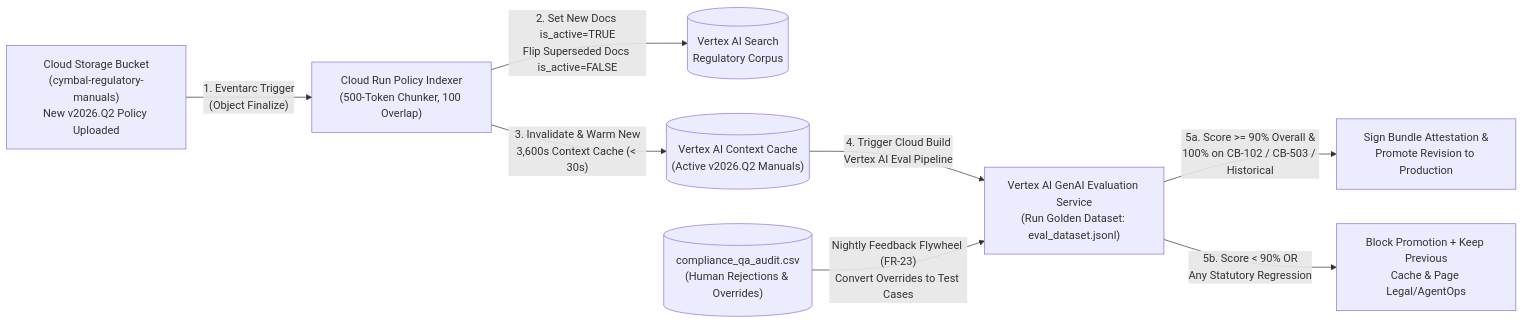
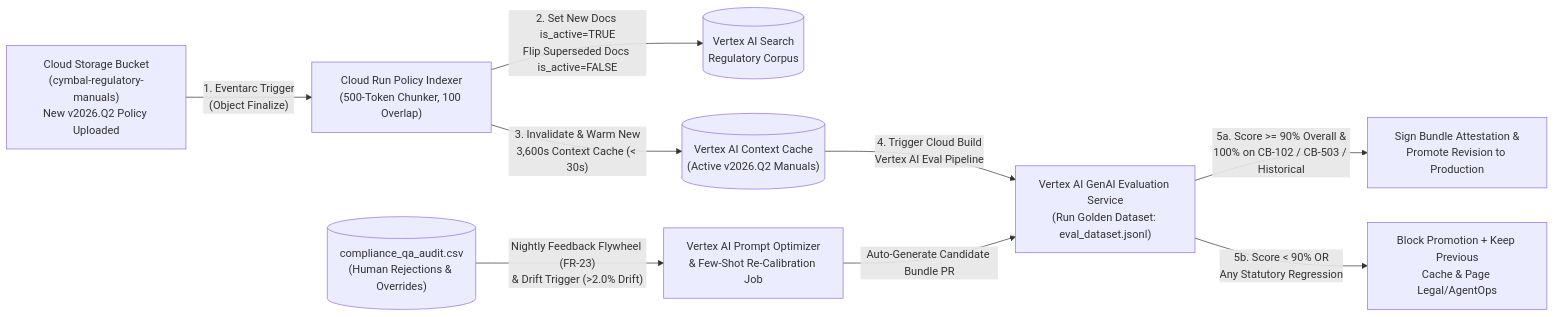
One commit to ashishnabira1976/cymbalbank changed the seventh of 8 diagrams in Cymbal_Bank_Solution_Design_Document.md. Above: the diagram before and after it, drawn with Mermaid. The commit also changed other lines of this file, not shown here.

````diff
--- a/Cymbal_Bank_Solution_Design_Document.md
+++ b/Cymbal_Bank_Solution_Design_Document.md
@@ -557,10 +767,11 @@
 ```mermaid
 flowchart LR
     GCS["Cloud Storage Bucket<br/>(cymbal-regulatory-manuals)<br/>New v2026.Q2 Policy Uploaded"] -->|"1. Eventarc Trigger<br/>(Object Finalize)"| Ingest["Cloud Run Policy Indexer<br/>(500-Token Chunker, 100 Overlap)"]
     Ingest -->|"2. Set New Docs is_active=TRUE<br/>Flip Superseded Docs is_active=FALSE"| VAIS[("Vertex AI Search<br/>Regulatory Corpus")]
     Ingest -->|"3. Invalidate & Warm New<br/>3,600s Context Cache (< 30s)"| Cache[("Vertex AI Context Cache<br/>(Active v2026.Q2 Manuals)")]
     Cache -->|"4. Trigger Cloud Build<br/>Vertex AI Eval Pipeline"| Eval["Vertex AI GenAI Evaluation Service<br/>(Run Golden Dataset: eval_dataset.jsonl)"]
     Eval -->|"5a. Score >= 90% Overall &<br/>100% on CB-102 / CB-503 / Historical"| Promote["Sign Bundle Attestation &<br/>Promote Revision to Production"]
     Eval -->|"5b. Score < 90% OR<br/>Any Statutory Regression"| Block["Block Promotion + Keep Previous<br/>Cache & Page Legal/AgentOps"]
-    HITL[("compliance_qa_audit.csv<br/>(Human Rejections & Overrides)")] -->|"Nightly Feedback Flywheel (FR-23)<br/>Convert Overrides to Test Cases"| Eval
+    HITL[("compliance_qa_audit.csv<br/>(Human Rejections & Overrides)")] -->|"Nightly Feedback Flywheel (FR-23)<br/>& Drift Trigger (>2.0% Drift)"| Opt["Vertex AI Prompt Optimizer<br/>& Few-Shot Re-Calibration Job"]
+    Opt -->|"Auto-Generate Candidate Bundle PR"| Eval
 ```
````
